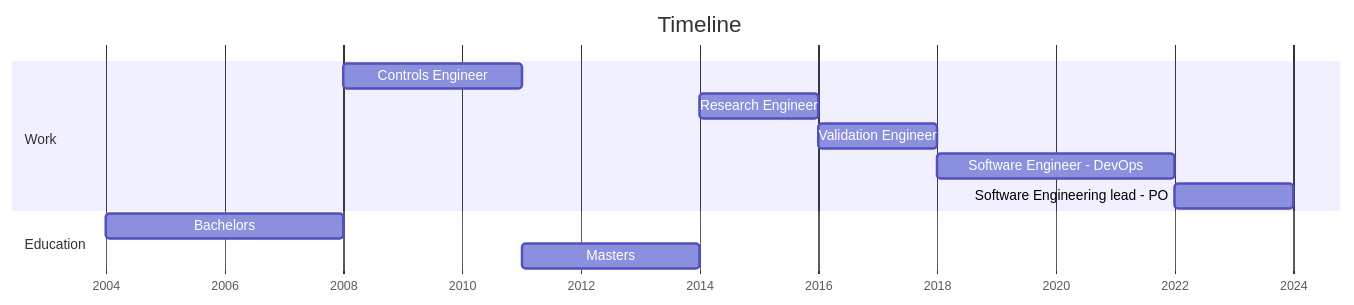
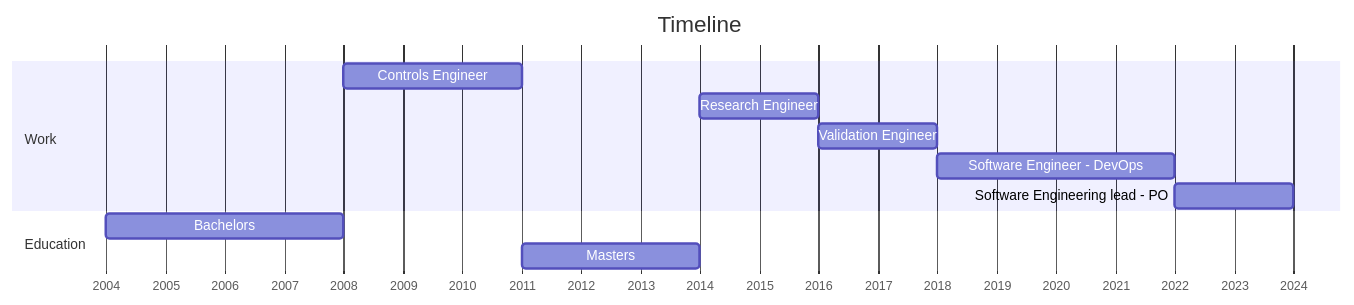
One commit to kar-ven/kar-ven.github.io changed the diagram in README.md. Above: the diagram before and after it, drawn with Mermaid. The commit also changed 1 other file, not shown here.

Commit message:
update CV gantt

```diff
--- a/README.md
+++ b/README.md
@@ -3,16 +3,16 @@
 <pre class="mermaid">
 gantt
     title Timeline
     dateFormat YYYY
     axisFormat %Y
-    tickInterval 5year
+    tickInterval 60month
     section Work
     Controls Engineer              :2008, 2011
     Research Engineer              :2014, 2016
     Validation Engineer            :2016, 2018
     Software Engineer - DevOps     :2018, 2022
     Software Engineering lead - PO :2022, 2024
     Section Education
     Bachelors                      :2004, 2008
     Masters                        :2011, 2014
 </pre>
```
